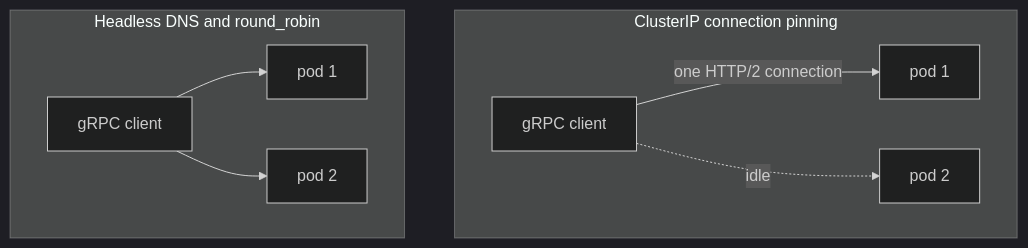
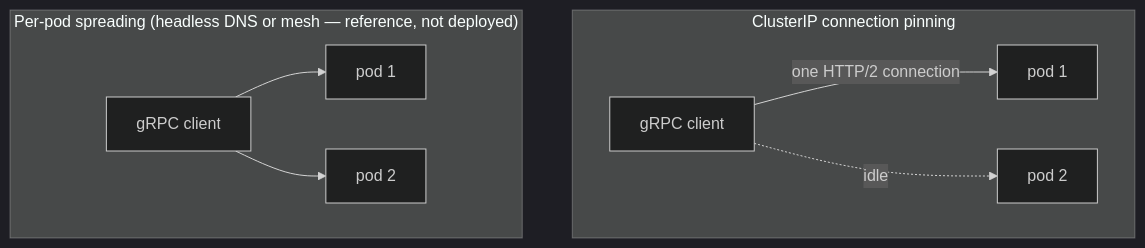
Before and after one commit to duynhlab/homelab: the sixth of 6 diagrams in docs/api/api.md, drawn with Mermaid (dark theme). The commit also changed other lines of this file and 20 other files, not shown here.

````diff
--- a/docs/api/api.md
+++ b/docs/api/api.md
@@ -452,11 +440,11 @@
 ```mermaid
 flowchart TB
     subgraph Problem["ClusterIP connection pinning"]
         Client1["gRPC client"] -->|"one HTTP/2 connection"| Pod1["pod 1"]
         Client1 -.->|"idle"| Pod2["pod 2"]
     end
-    subgraph Solution["Headless DNS and round_robin"]
+    subgraph Solution["Per-pod spreading (headless DNS or mesh — reference, not deployed)"]
         Client2["gRPC client"] --> Pod3["pod 1"]
         Client2 --> Pod4["pod 2"]
     end
 ```
````
